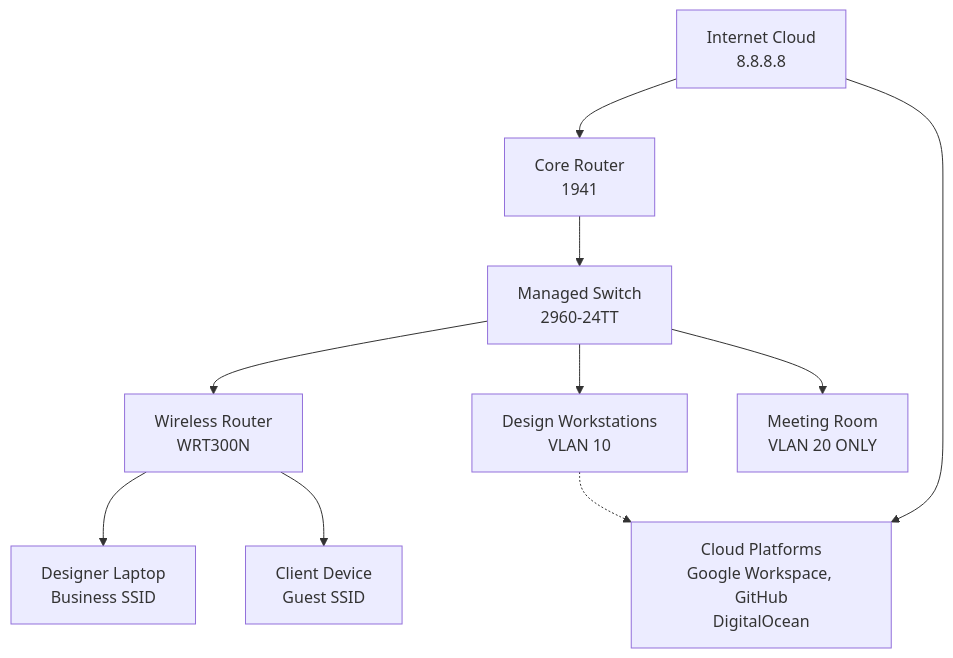
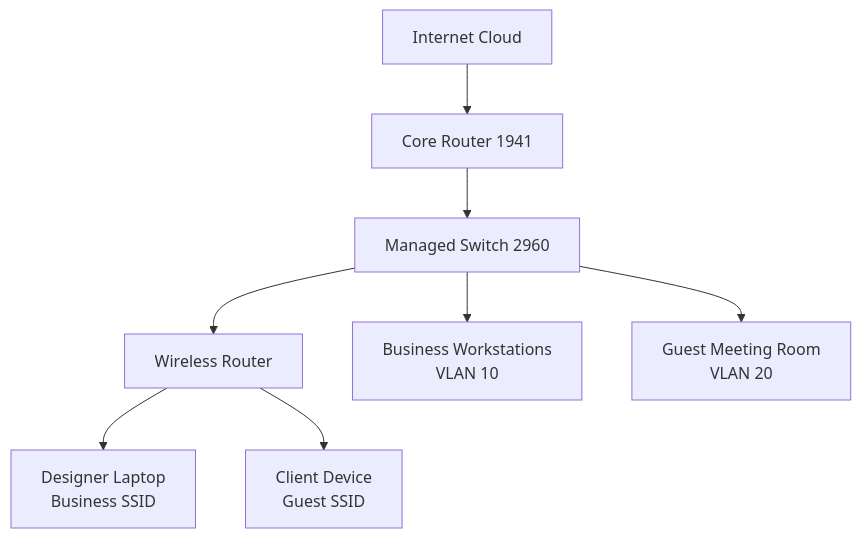
One commit to rick-homelab/business-network-simulations changed the diagram in project-01-soho-network/README.md. Above: the diagram before and after it, drawn with Mermaid. The commit also changed other lines of this file, not shown here.

````diff
--- a/project-01-soho-network/README.md
+++ b/project-01-soho-network/README.md
@@ -59,17 +25,11 @@
 ```mermaid
 graph TB
-    INTERNET[Internet Cloud<br/>8.8.8.8] --> R1[Core Router<br/>1941]
-    
-    R1 --> SW1[Managed Switch<br/>2960-24TT]
-    
-    SW1 --> AP1[Wireless Router<br/>WRT300N]
-    SW1 --> WORKSTATION[Design Workstations<br/>VLAN 10]
-    SW1 --> MEETING[Meeting Room<br/>VLAN 20 ONLY]
+    INTERNET[Internet Cloud] --> R1[Core Router 1941]
+    R1 --> SW1[Managed Switch 2960]
+    SW1 --> AP1[Wireless Router]
+    SW1 --> WORKSTATION[Business Workstations<br/>VLAN 10]
+    SW1 --> MEETING[Guest Meeting Room<br/>VLAN 20]
     
     AP1 --> LAPTOP[Designer Laptop<br/>Business SSID]
     AP1 --> CLIENT[Client Device<br/>Guest SSID]
-    
-    INTERNET --> CLOUD[Cloud Platforms<br/>Google Workspace, GitHub<br/>DigitalOcean]
-    
-    WORKSTATION -.-> CLOUD
 ```
````
